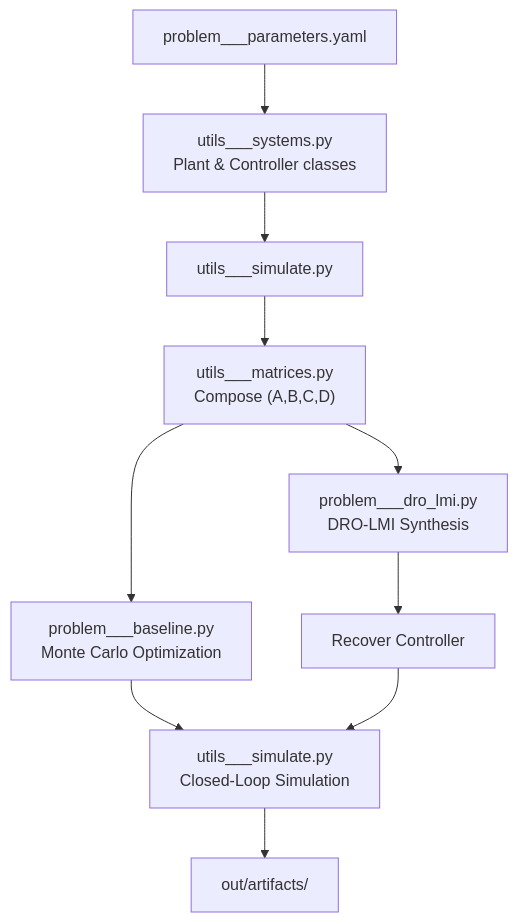
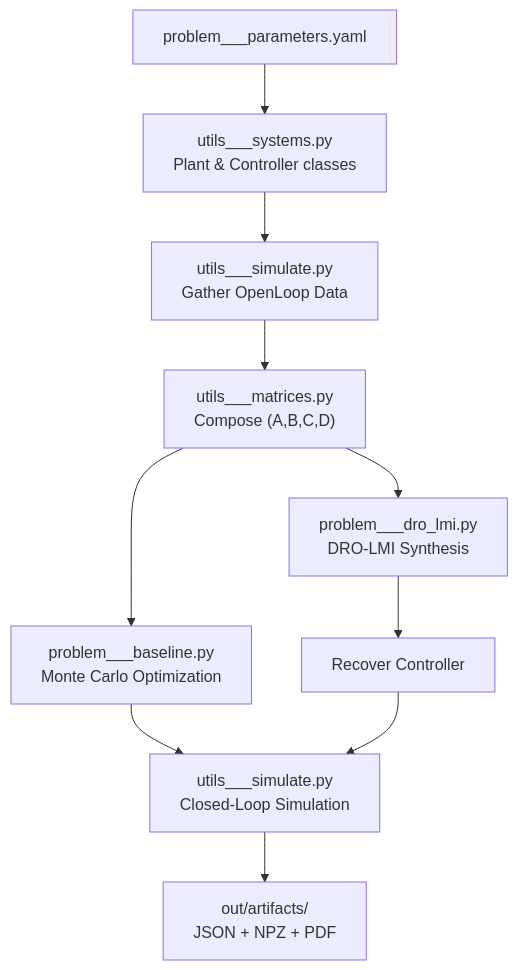
Before and after one commit to FiengoKineton/DR-LDC: the diagram in README.md, drawn with Mermaid.

````diff
--- a/README.md
+++ b/README.md
@@ -62,12 +62,12 @@
 ```mermaid
 flowchart TD
     P1["problem___parameters.yaml"] --> A1["utils___systems.py<br/>Plant &amp; Controller classes"]
-    A1 --> A0["utils___simulate.py<br/Gather OpenLoop Data>"]
+    A1 --> A0["utils___simulate.py<br/>Gather OpenLoop Data"]
     A0 --> A2["utils___matrices.py<br/>Compose (A,B,C,D)"]
     A2 --> A3["problem___baseline.py<br/>Monte Carlo Optimization"]
     A2 --> A4["problem___dro_lmi.py<br/>DRO-LMI Synthesis"]
     A3 --> S1["utils___simulate.py<br/>Closed-Loop Simulation"]
     A4 --> R1["Recover Controller"]
     R1 --> S1
-    S1 --> OUT["out/artifacts/ <br/JSON + NPZ + PDF>"]
+    S1 --> OUT["out/artifacts/ <br/>JSON + NPZ + PDF"]
 ```
````
